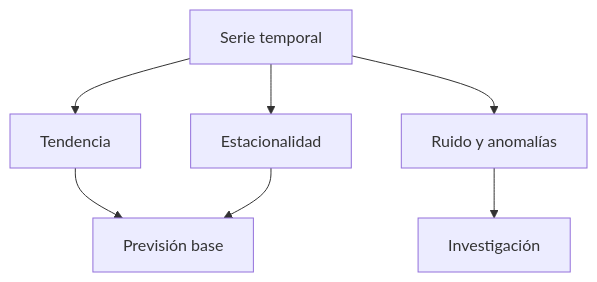
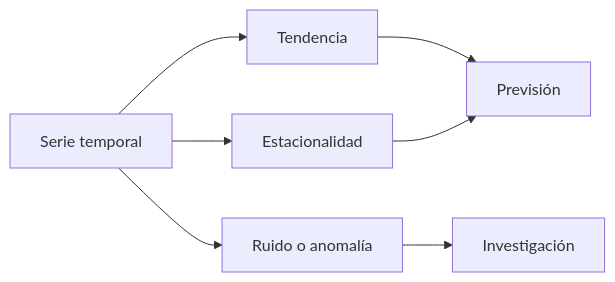
One commit to Ayhur/CursoAnalista changed diagram 29 of 33 in dist/markdown/temario-completo.md. Above: the diagram before and after it, drawn with Mermaid. The commit also changed other lines of this file and 30 other files, not shown here.

````diff
--- a/dist/markdown/temario-completo.md
+++ b/dist/markdown/temario-completo.md
@@ -1780,9 +1933,9 @@
 ```mermaid
-flowchart TD
-    A[Serie temporal] --> B[Tendencia]
-    A --> C[Estacionalidad]
-    A --> D[Ruido y anomalías]
-    B --> E[Previsión base]
-    C --> E
-    D --> F[Investigación]
+flowchart LR
+ A[Serie temporal] --> B[Tendencia]
+ A --> C[Estacionalidad]
+ A --> D[Ruido o anomalía]
+ B --> E[Previsión]
+ C --> E
+ D --> F[Investigación]
 ```
````
